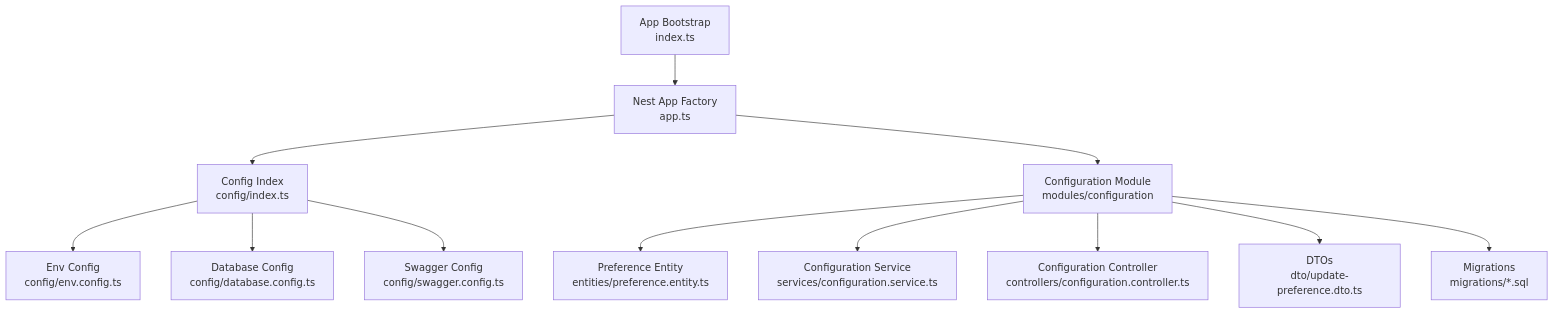
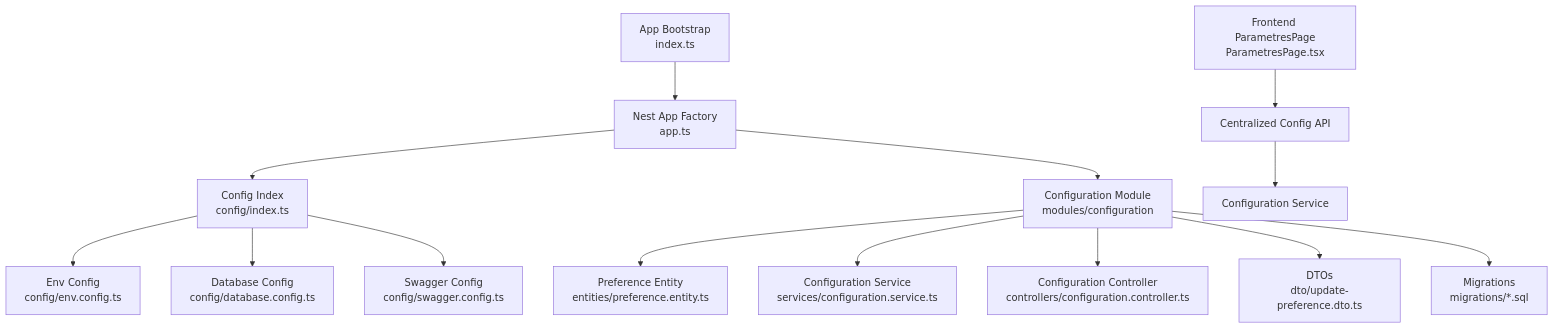
Before and after one commit to franckylab/eLISAschool: the first of 5 diagrams in .qoder/repowiki/en/content/System Architecture/Backend Architecture/Configuration & Environment Management.md, drawn with Mermaid. The commit also changed other lines of this file and 39 other files, not shown here.

````diff
--- a/.qoder/repowiki/en/content/System Architecture/Backend Architecture/Configuration & Environment Management.md
+++ b/.qoder/repowiki/en/content/System Architecture/Backend Architecture/Configuration & Environment Management.md
@@ -137,14 +69,16 @@
 ```mermaid
 graph TB
 A["App Bootstrap<br/>index.ts"] --> B["Nest App Factory<br/>app.ts"]
 B --> C["Config Index<br/>config/index.ts"]
 C --> D["Env Config<br/>config/env.config.ts"]
 C --> E["Database Config<br/>config/database.config.ts"]
 C --> F["Swagger Config<br/>config/swagger.config.ts"]
 B --> G["Configuration Module<br/>modules/configuration"]
 G --> H["Preference Entity<br/>entities/preference.entity.ts"]
 G --> I["Configuration Service<br/>services/configuration.service.ts"]
 G --> J["Configuration Controller<br/>controllers/configuration.controller.ts"]
 G --> K["DTOs<br/>dto/update-preference.dto.ts"]
 G --> L["Migrations<br/>migrations/*.sql"]
+M["Frontend ParametresPage<br/>ParametresPage.tsx"] --> N["Centralized Config API"]
+N --> O["Configuration Service"]
 ```
````
